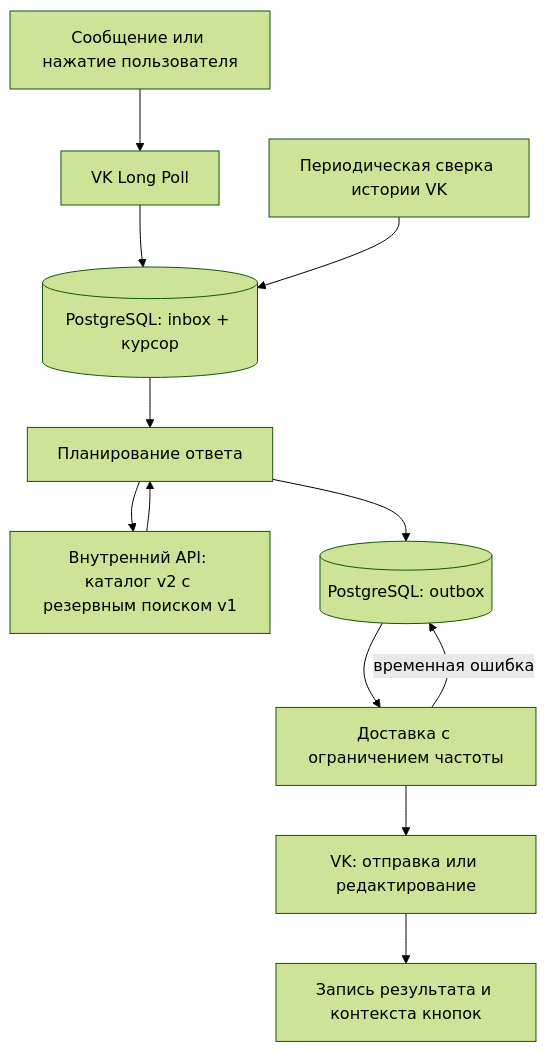
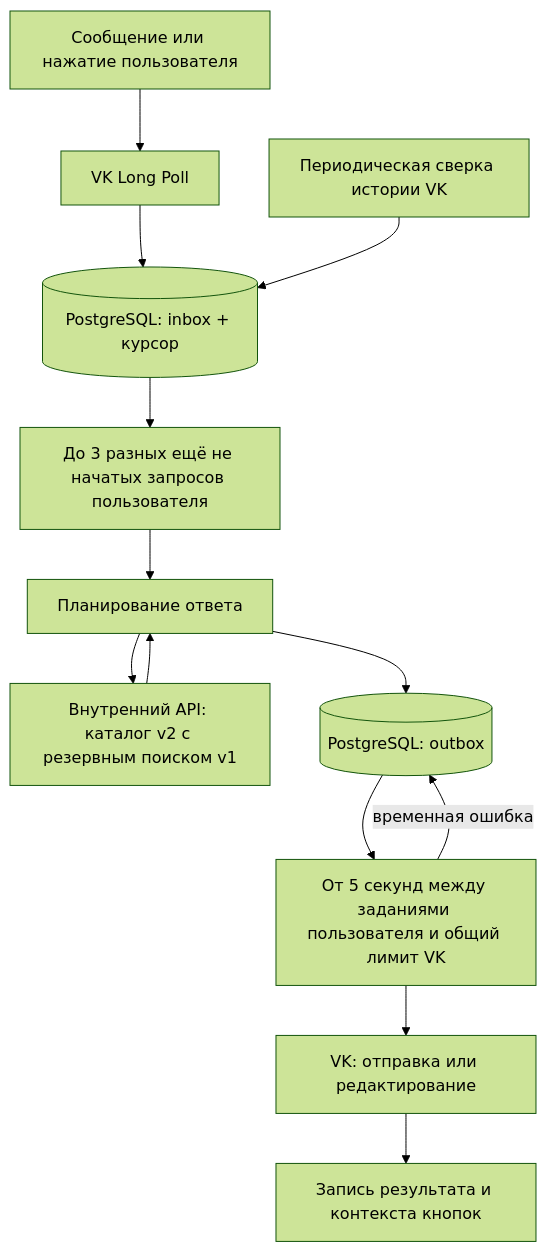
One commit to omkality/domofomka changed the diagram in docs/message-delivery.md. Above: the diagram before and after it, drawn with Mermaid (forest theme). The commit also changed other lines of this file and 6 other files, not shown here.

````diff
--- a/docs/message-delivery.md
+++ b/docs/message-delivery.md
@@ -15,14 +15,15 @@
 ```mermaid
 flowchart TD
     U[Сообщение или нажатие пользователя] --> V[VK Long Poll]
     V --> I[(PostgreSQL: inbox + курсор)]
     H[Периодическая сверка истории VK] --> I
-    I --> P[Планирование ответа]
+    I --> L[До 3 разных ещё не начатых запросов пользователя]
+    L --> P[Планирование ответа]
     P --> A[Внутренний API: каталог v2 с резервным поиском v1]
     A --> P
     P --> O[(PostgreSQL: outbox)]
-    O --> W[Доставка с ограничением частоты]
+    O --> W[От 5 секунд между заданиями пользователя и общий лимит VK]
     W --> S[VK: отправка или редактирование]
     S --> R[Запись результата и контекста кнопок]
     W -->|временная ошибка| O
 ```
````
